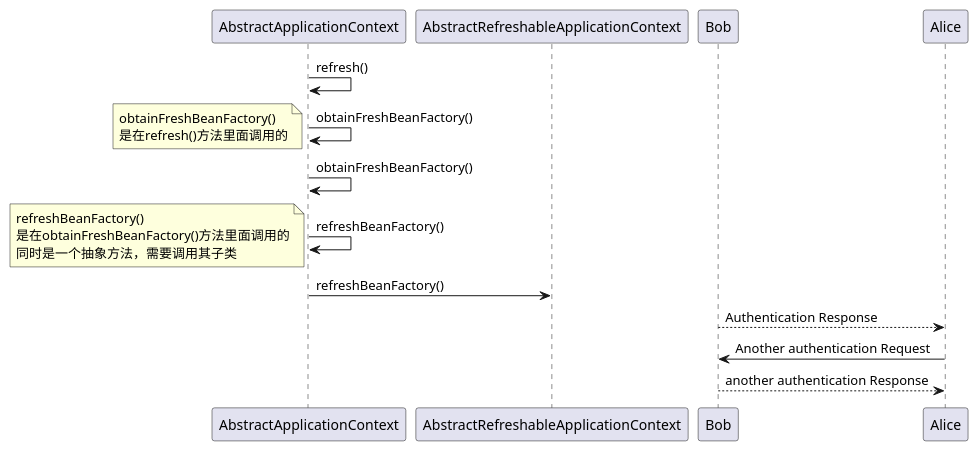
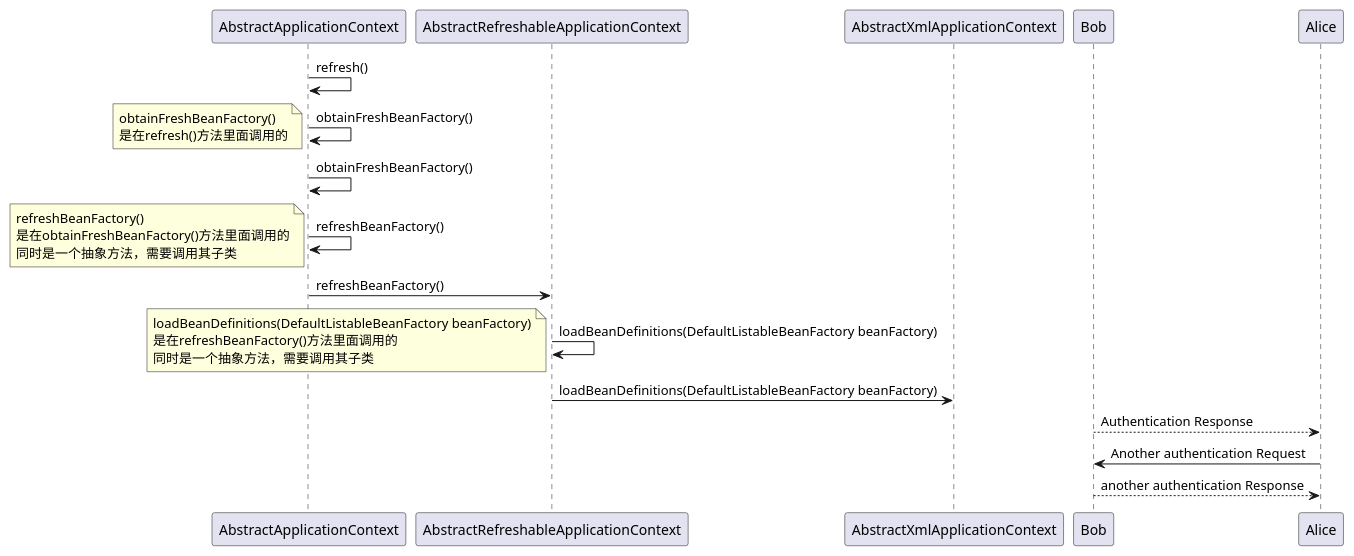
One commit to liangmeihuai/spring-framework changed the diagram in spring-source-uml/IocLoadXmlBeanDefinition/loadbeandefitioner.puml. Above: the diagram before and after it, drawn with PlantUML. The commit also changed 3 other files, not shown here.

```diff
--- a/spring-source-uml/IocLoadXmlBeanDefinition/loadbeandefitioner.puml
+++ b/spring-source-uml/IocLoadXmlBeanDefinition/loadbeandefitioner.puml
@@ -1,13 +1,16 @@
 @startuml
 AbstractApplicationContext -> AbstractApplicationContext: refresh()
 AbstractApplicationContext -> AbstractApplicationContext: obtainFreshBeanFactory()
 note left: obtainFreshBeanFactory()\n是在refresh()方法里面调用的
 AbstractApplicationContext -> AbstractApplicationContext: obtainFreshBeanFactory()
 AbstractApplicationContext -> AbstractApplicationContext: refreshBeanFactory()
 note left: refreshBeanFactory()\n是在obtainFreshBeanFactory()方法里面调用的\n同时是一个抽象方法，需要调用其子类
 AbstractApplicationContext -> AbstractRefreshableApplicationContext: refreshBeanFactory()
+AbstractRefreshableApplicationContext -> AbstractRefreshableApplicationContext: loadBeanDefinitions(DefaultListableBeanFactory beanFactory)
+note left: loadBeanDefinitions(DefaultListableBeanFactory beanFactory)\n是在refreshBeanFactory()方法里面调用的\n同时是一个抽象方法，需要调用其子类
+AbstractRefreshableApplicationContext -> AbstractXmlApplicationContext: loadBeanDefinitions(DefaultListableBeanFactory beanFactory)
 Bob --> Alice: Authentication Response
 
 Alice -> Bob: Another authentication Request
 Alice <-- Bob: another authentication Response
 @enduml
```
